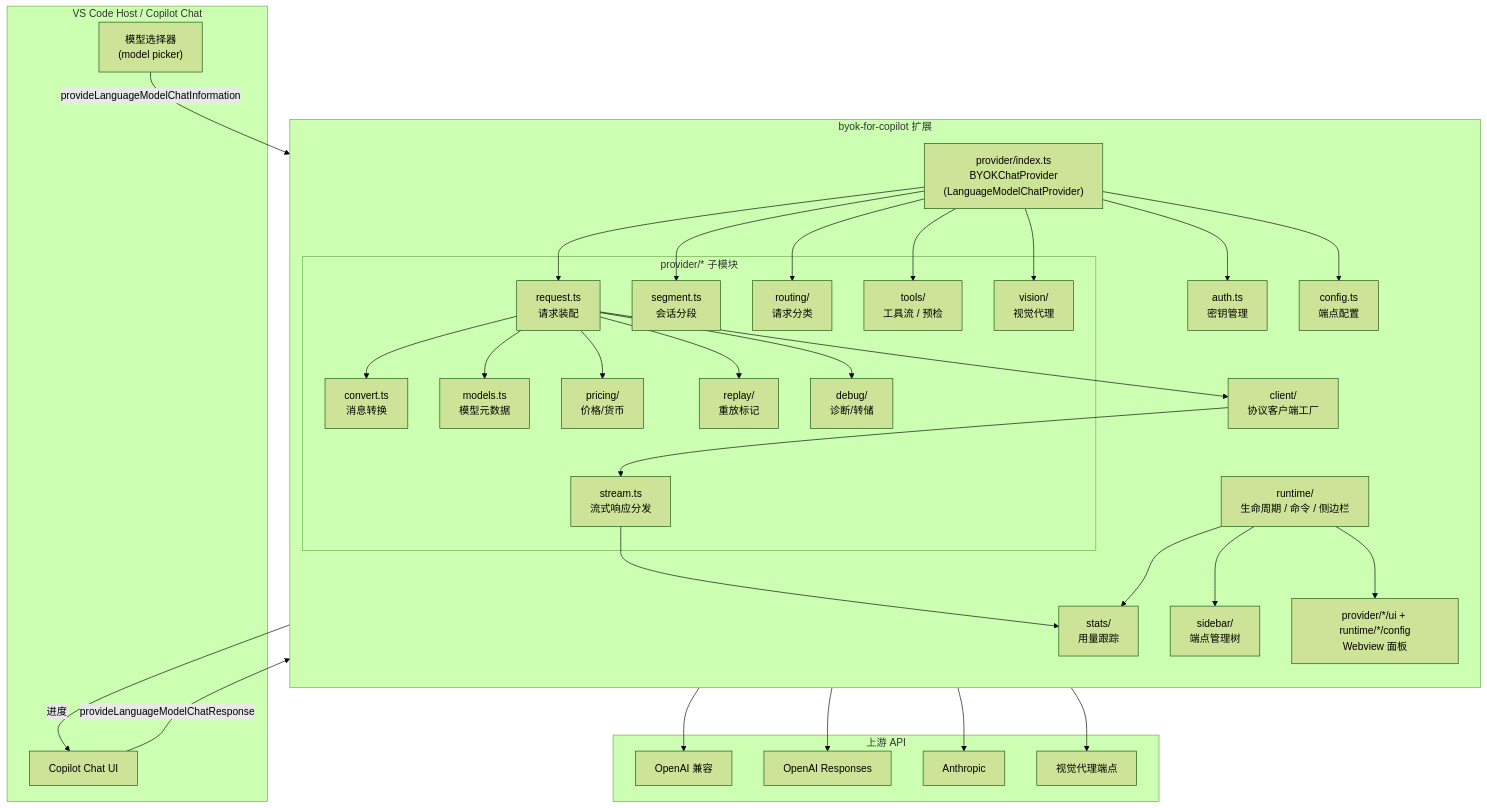
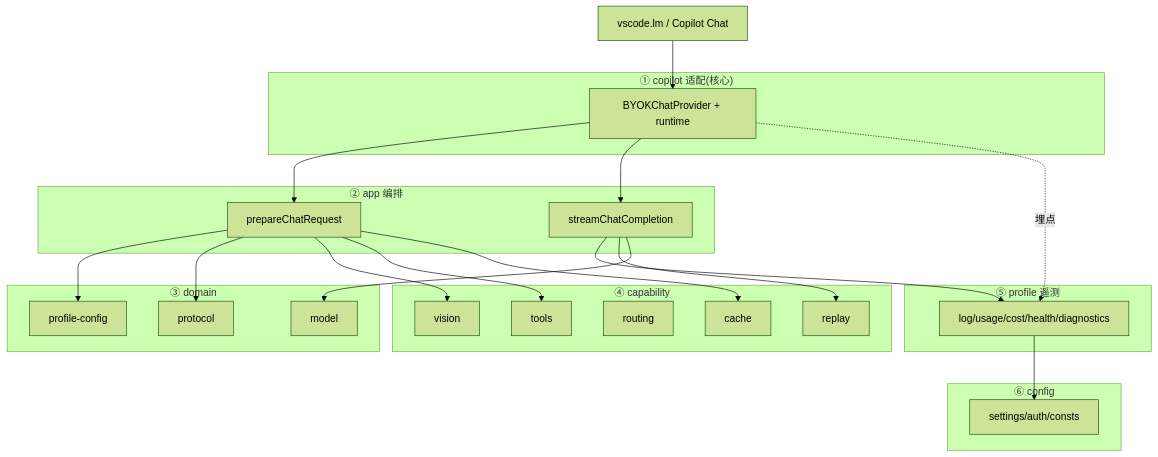
Before and after one commit to pangdegui/byok-for-copilot: the diagram in docs/ARCHITECTURE.md, drawn with Mermaid (forest theme). The commit also changed other lines of this file and 163 other files, not shown here.

First line of the commit message:
refactor: restructure src into app/backend/capability/copilot/domain layers (v0.9.0)

````diff
--- a/docs/ARCHITECTURE.md
+++ b/docs/ARCHITECTURE.md
@@ -25,54 +326,30 @@
 ```mermaid
-flowchart TB
-    subgraph VS["VS Code Host / Copilot Chat"]
-        PICKER["模型选择器\n(model picker)"]
-        CHAT["Copilot Chat UI"]
+graph TB
+    subgraph cap["① copilot 适配(核心)"]
+        prov["BYOKChatProvider + runtime"]
     end
-
-    subgraph EXT["byok-for-copilot 扩展"]
-        direction TB
-        RT["runtime/\n生命周期 / 命令 / 侧边栏"]
-        PROV["provider/index.ts\nBYOKChatProvider\n(LanguageModelChatProvider)"]
-
-        subgraph PROVSUB["provider/* 子模块"]
-            REQ["request.ts\n请求装配"]
-            SEG["segment.ts\n会话分段"]
-            ROUTE["routing/\n请求分类"]
-            CONV["convert.ts\n消息转换"]
-            STREAM["stream.ts\n流式响应分发"]
-            TOOLS["tools/\n工具流 / 预检"]
-            VISION["vision/\n视觉代理"]
-            REPLAY["replay/\n重放标记"]
-            MODELS["models.ts\n模型元数据"]
-            PRICE["pricing/\n价格/货币"]
-            DBG["debug/\n诊断/转储"]
-        end
-
-        CLIENT["client/\n协议客户端工厂"]
-        CFG["config.ts\n端点配置"]
-        AUTH["auth.ts\n密钥管理"]
-        STATS["stats/\n用量跟踪"]
-        SIDE["sidebar/\n端点管理树"]
-        UI["provider/*/ui + runtime/*/config\nWebview 面板"]
+    subgraph app["② app 编排"]
+        req["prepareChatRequest"]
+        str["streamChatCompletion"]
     end
-
-    subgraph UP["上游 API"]
-        OAI["OpenAI 兼容"]
-        OAR["OpenAI Responses"]
-        ANT["Anthropic"]
-        VAPI["视觉代理端点"]
+    subgraph dom["③ domain"]
+        proto["protocol"]
+        model["model"]
+        pcfg["profile-config"]
     end
-
-    PICKER -->|provideLanguageModelChatInformation| PROV
-    CHAT -->|provideLanguageModelChatResponse| PROV
-    PROV --> REQ --> CLIENT
-    PROV --> SEG & ROUTE & TOOLS & VISION
-    REQ --> CONV & MODELS & PRICE & REPLAY & DBG
-    CLIENT --> STREAM
-    STREAM -->|进度| CHAT
-    STREAM --> STATS
-    PROV --> AUTH & CFG
-    RT --> SIDE & UI & STATS
-    VISION --> VAPI
-    CLIENT --> OAI & OAR & ANT
+    subgraph cab["④ capability"]
+        vis["vision"] & tls["tools"] & rt["routing"] & rp["replay"] & cch["cache"]
+    end
+    subgraph tel["⑤ profile 遥测"]
+        tele["log/usage/cost/health/diagnostics"]
+    end
+    subgraph cfg["⑥ config"]
+        settings["settings/auth/consts"]
+    end
+    vscode["vscode.lm / Copilot Chat"] --> prov
+    prov --> req & str
+    req --> pcfg & proto & vis & tls & cch
+    str --> tele & rp & model
+    tele --> settings
+    prov -.埋点.-> tele
 ```
````
